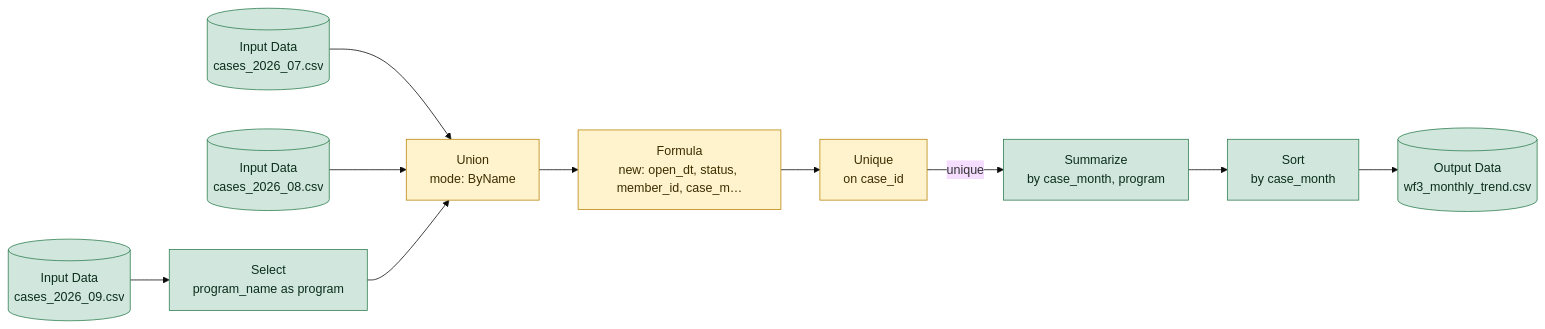
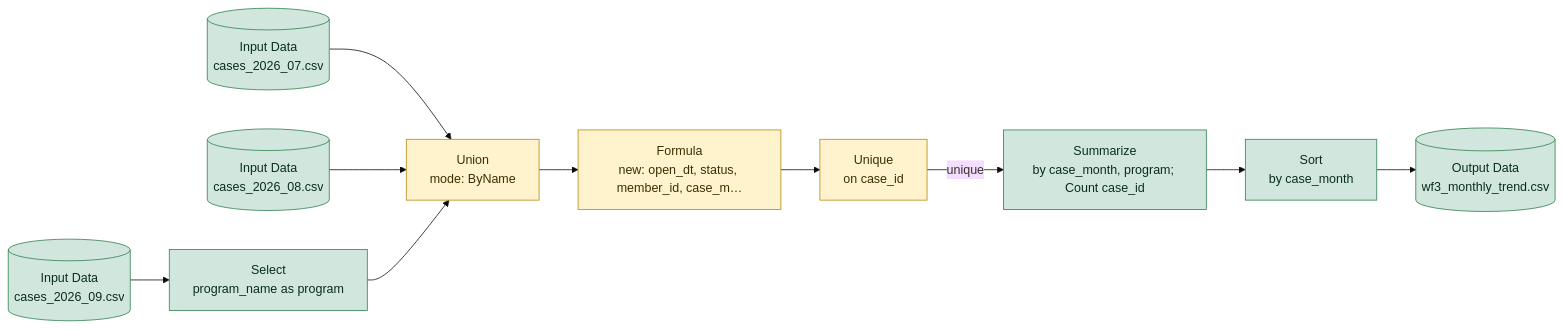
The diagram in outputs/lineage/wf3_monthly_trend.md (FaizaLag/alteryx-migration-analyzer), drawn with Mermaid (base theme) before and after one commit. The commit also changed 8 other files, not shown here.

````diff
--- a/outputs/lineage/wf3_monthly_trend.md
+++ b/outputs/lineage/wf3_monthly_trend.md
@@ -5,28 +5,28 @@
 ```mermaid
 flowchart LR
     t1[("Input Data<br/>cases_2026_07.csv")]
     t2[("Input Data<br/>cases_2026_08.csv")]
     t3[("Input Data<br/>cases_2026_09.csv")]
     t4["Select<br/>program_name as program"]
     t5["Union<br/>mode: ByName"]
     t6["Formula<br/>new: open_dt, status, member_id, case_m…"]
     t7["Unique<br/>on case_id"]
-    t9["Summarize<br/>by case_month, program"]
+    t9["Summarize<br/>by case_month, program; Count case_id"]
     t10["Sort<br/>by case_month"]
     t11[("Output Data<br/>wf3_monthly_trend.csv")]
     t1 --> t5
     t2 --> t5
     t4 --> t5
     t3 --> t4
     t5 --> t6
     t6 --> t7
     t7 -->|unique| t9
     t9 --> t10
     t10 --> t11
     classDef high fill:#f8d7da,stroke:#b02a37,color:#3d0a10
     classDef medium fill:#fff3cd,stroke:#b8860b,color:#3d2e00
     class t5,t6,t7 medium
     classDef low fill:#d1e7dd,stroke:#2e7d4f,color:#0b2e1c
     class t1,t2,t3,t4,t9,t10,t11 low
     classDef none fill:#e9ecef,stroke:#6c757d,color:#212529
 ```
````
